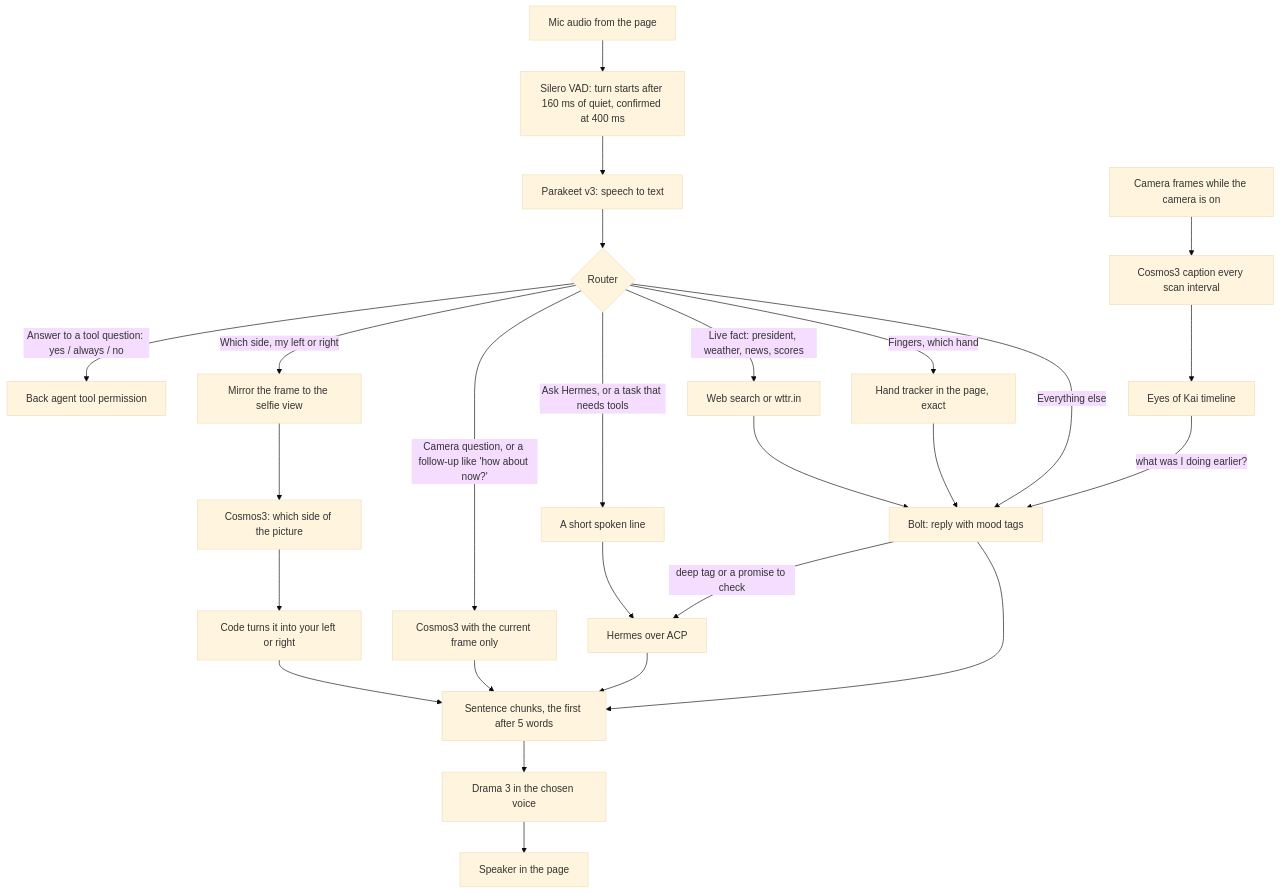
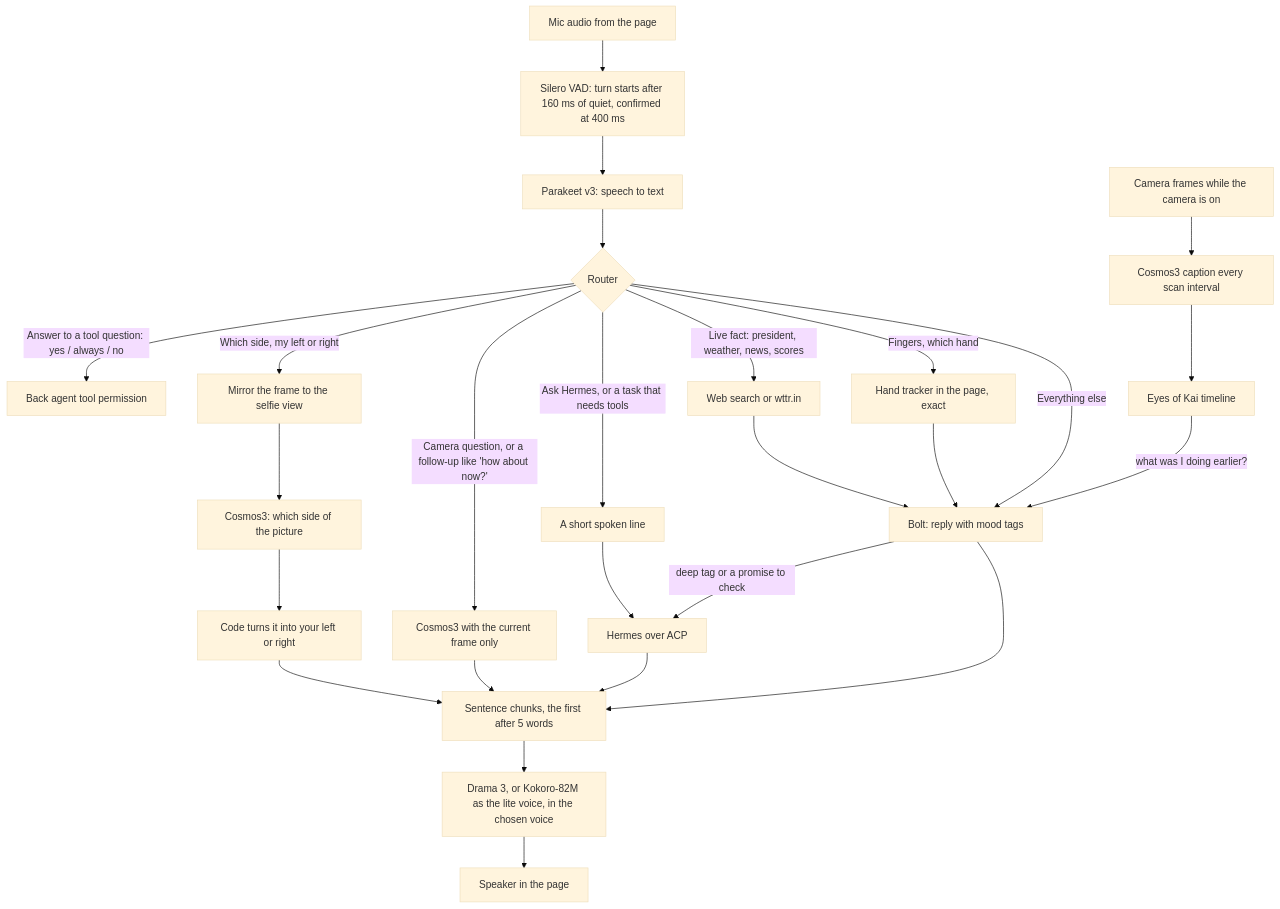
One commit to drowzeys/keys-ghost-machine-audio-visual-agent changed the diagram in README.md. Above: the diagram before and after it, drawn with Mermaid (base theme). The commit also changed other lines of this file and 14 other files, not shown here.

````diff
--- a/README.md
+++ b/README.md
@@ -127,18 +184,18 @@
 ```mermaid
 flowchart TD
   A[Mic audio from the page] --> B[Silero VAD: turn starts after 160 ms of quiet, confirmed at 400 ms]
   B --> C[Parakeet v3: speech to text]
   C --> R{Router}
   R -->|Answer to a tool question: yes / always / no| H2[Back agent tool permission]
   R -->|Live fact: president, weather, news, scores| L[Web search or wttr.in] --> BOLT
   R -->|Which side, my left or right| M[Mirror the frame to the selfie view] --> CS[Cosmos3: which side of the picture] --> CODE[Code turns it into your left or right] --> V
   R -->|Fingers, which hand| HT[Hand tracker in the page, exact] --> BOLT
   R -->|Camera question, or a follow-up like 'how about now?'| CAM[Cosmos3 with the current frame only] --> V
   R -->|Ask Hermes, or a task that needs tools| ACK[A short spoken line] --> HER[Hermes over ACP] --> V
   R -->|Everything else| BOLT[Bolt: reply with mood tags]
   BOLT -->|deep tag or a promise to check| HER
   BOLT --> V[Sentence chunks, the first after 5 words]
-  V --> D[Drama 3 in the chosen voice] --> S[Speaker in the page]
+  V --> D[Drama 3, or Kokoro-82M as the lite voice, in the chosen voice] --> S[Speaker in the page]
   CAMF[Camera frames while the camera is on] --> MEM[Cosmos3 caption every scan interval] --> KAI[Eyes of Kai timeline]
   KAI -->|what was I doing earlier?| BOLT
 ```
````
